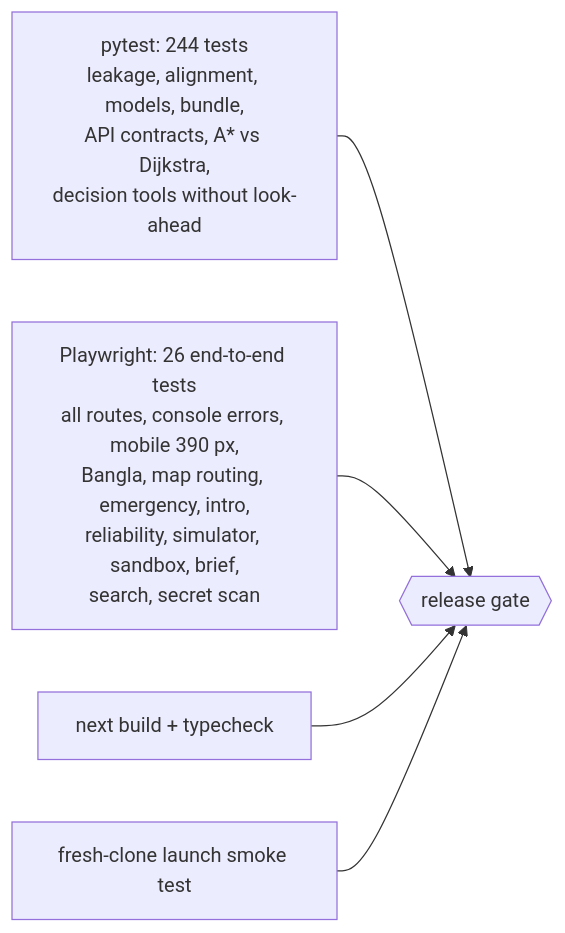
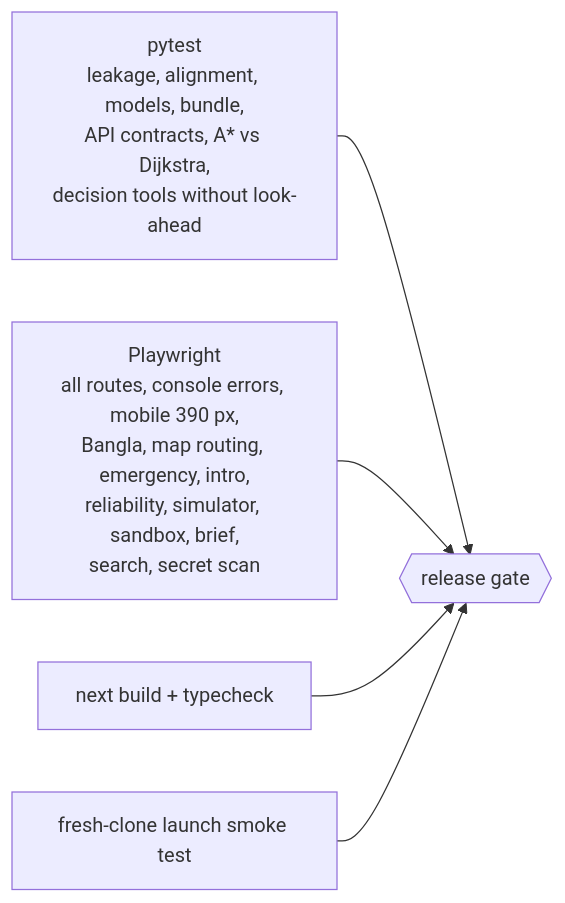
The fourth of 24 diagrams in ARCHITECTURE.md (A-K-M-Asifuzzaman/EDU_HACKATHON), drawn with Mermaid before and after one commit. The commit also changed 1 other file, not shown here.

Commit message:
Keep release test documentation independent of suite counts

````diff
--- a/ARCHITECTURE.md
+++ b/ARCHITECTURE.md
@@ -126,7 +126,7 @@
 ```mermaid
 flowchart LR
-    py["pytest: 244 tests<br/>leakage, alignment, models, bundle,<br/>API contracts, A* vs Dijkstra,<br/>decision tools without look-ahead"] --> gate{{"release gate"}}
-    pw["Playwright: 26 end-to-end tests<br/>all routes, console errors, mobile 390 px,<br/>Bangla, map routing, emergency, intro,<br/>reliability, simulator, sandbox, brief,<br/>search, secret scan"] --> gate
+    py["pytest<br/>leakage, alignment, models, bundle,<br/>API contracts, A* vs Dijkstra,<br/>decision tools without look-ahead"] --> gate{{"release gate"}}
+    pw["Playwright<br/>all routes, console errors, mobile 390 px,<br/>Bangla, map routing, emergency, intro,<br/>reliability, simulator, sandbox, brief,<br/>search, secret scan"] --> gate
     build["next build + typecheck"] --> gate
     clone["fresh-clone launch smoke test"] --> gate
 ```
````
